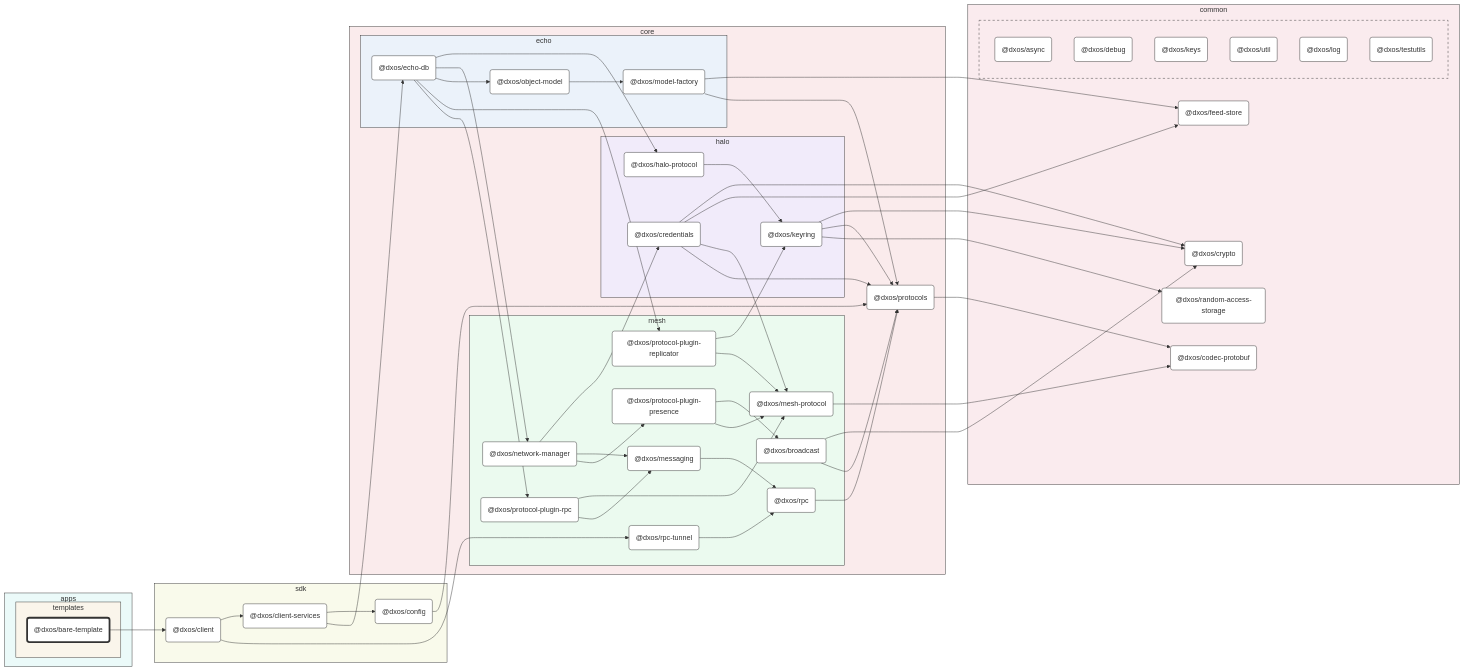
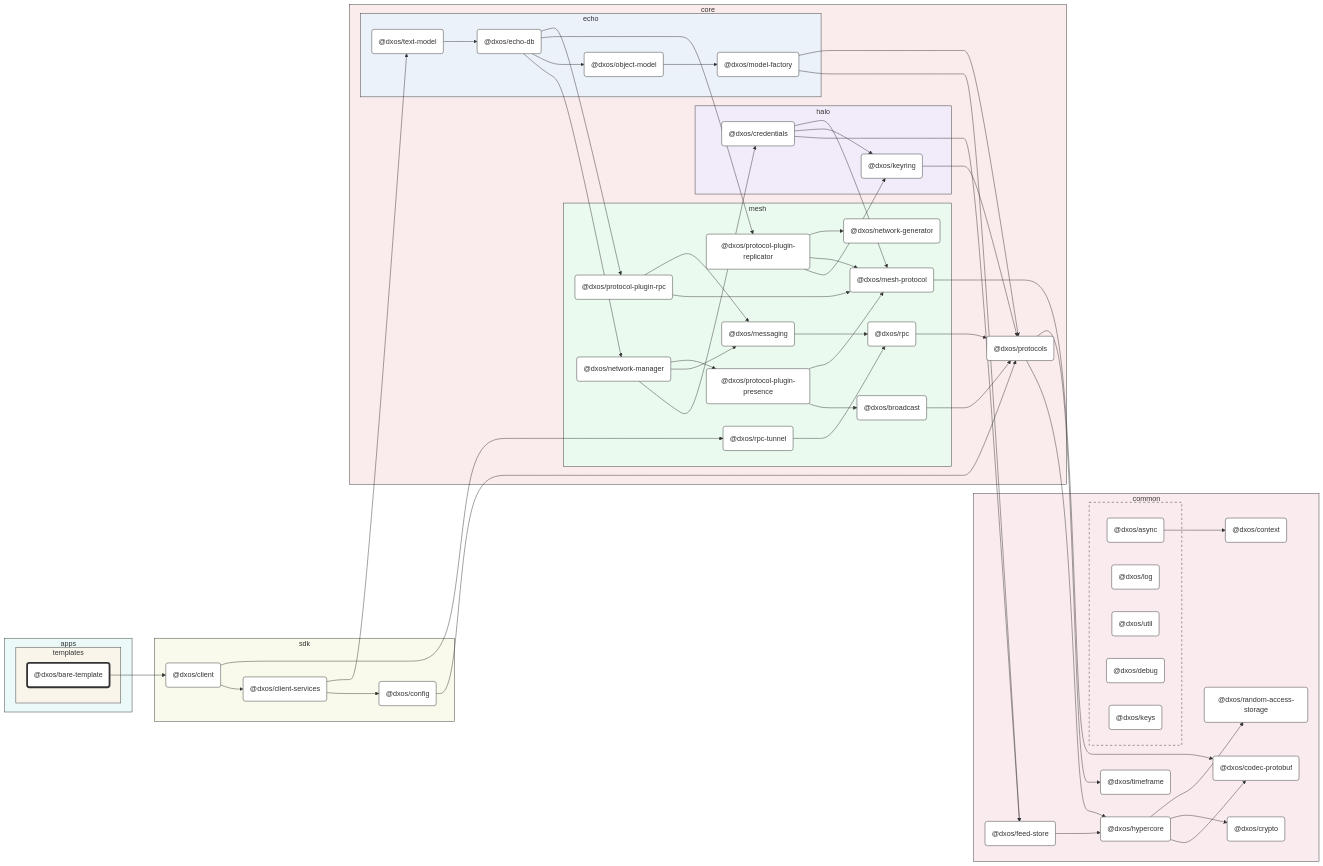
The diagram in packages/apps/templates/bare-template/docs/README.md (dxos/dxos), drawn with Mermaid before and after one commit. The commit also changed other lines of this file and 95 other files, not shown here.

Commit message:
Class diagrams.

````diff
--- a/packages/apps/templates/bare-template/docs/README.md
+++ b/packages/apps/templates/bare-template/docs/README.md
@@ -21,7 +21,7 @@
   subgraph templates [templates]
     style templates fill:#faf5eb,stroke:#333
     dxos/bare-template("@dxos/bare-template"):::root
-    click dxos/bare-template "dxos/dxos/tree/main/packages/apps/templates/bare/docs"
+    click dxos/bare-template "dxos/dxos/tree/main/packages/apps/templates/bare-template/docs"
   end
 end
 
@@ -37,29 +37,33 @@
 
 subgraph common [common]
   style common fill:#faebee,stroke:#333
+  dxos/context("@dxos/context"):::def
+  click dxos/context "dxos/dxos/tree/main/packages/common/context/docs"
   dxos/codec-protobuf("@dxos/codec-protobuf"):::def
   click dxos/codec-protobuf "dxos/dxos/tree/main/packages/common/codec-protobuf/docs"
+  dxos/hypercore("@dxos/hypercore"):::def
+  click dxos/hypercore "dxos/dxos/tree/main/packages/common/hypercore/docs"
   dxos/crypto("@dxos/crypto"):::def
   click dxos/crypto "dxos/dxos/tree/main/packages/common/crypto/docs"
+  dxos/random-access-storage("@dxos/random-access-storage"):::def
+  click dxos/random-access-storage "dxos/dxos/tree/main/packages/common/random-access-storage/docs"
+  dxos/timeframe("@dxos/timeframe"):::def
+  click dxos/timeframe "dxos/dxos/tree/main/packages/common/timeframe/docs"
   dxos/feed-store("@dxos/feed-store"):::def
   click dxos/feed-store "dxos/dxos/tree/main/packages/common/feed-store/docs"
-  dxos/random-access-storage("@dxos/random-access-storage"):::def
-  click dxos/random-access-storage "dxos/dxos/tree/main/packages/common/random-access-storage/docs"
 
   subgraph _ [ ]
     style _ fill:#faebee,stroke:#333,stroke-dasharray:5 5
     dxos/async("@dxos/async"):::def
     click dxos/async "dxos/dxos/tree/main/packages/common/async/docs"
+    dxos/log("@dxos/log"):::def
+    click dxos/log "dxos/dxos/tree/main/packages/common/log/docs"
+    dxos/util("@dxos/util"):::def
+    click dxos/util "dxos/dxos/tree/main/packages/common/util/docs"
     dxos/debug("@dxos/debug"):::def
     click dxos/debug "dxos/dxos/tree/main/packages/common/debug/docs"
     dxos/keys("@dxos/keys"):::def
     click dxos/keys "dxos/dxos/tree/main/packages/common/keys/docs"
-    dxos/util("@dxos/util"):::def
-    click dxos/util "dxos/dxos/tree/main/packages/common/util/docs"
-    dxos/log("@dxos/log"):::def
-    click dxos/log "dxos/dxos/tree/main/packages/common/log/docs"
-    dxos/testutils("@dxos/testutils"):::def
-    click dxos/testutils "dxos/dxos/tree/main/packages/common/testutils/docs"
   end
 end
 
@@ -72,8 +76,6 @@
     style halo fill:#f1ebfa,stroke:#333
     dxos/credentials("@dxos/credentials"):::def
     click dxos/credentials "dxos/dxos/tree/main/packages/core/halo/credentials/docs"
-    dxos/halo-protocol("@dxos/halo-protocol"):::def
-    click dxos/halo-protocol "dxos/dxos/tree/main/packages/core/halo/halo-protocol/docs"
     dxos/keyring("@dxos/keyring"):::def
     click dxos/keyring "dxos/dxos/tree/main/packages/core/halo/keyring/docs"
   end
@@ -94,6 +96,8 @@
     click dxos/broadcast "dxos/dxos/tree/main/packages/core/mesh/broadcast/docs"
     dxos/protocol-plugin-replicator("@dxos/protocol-plugin-replicator"):::def
     click dxos/protocol-plugin-replicator "dxos/dxos/tree/main/packages/core/mesh/protocol-plugin-replicator/docs"
+    dxos/network-generator("@dxos/network-generator"):::def
+    click dxos/network-generator "dxos/dxos/tree/main/packages/core/mesh/network-generator/docs"
     dxos/protocol-plugin-rpc("@dxos/protocol-plugin-rpc"):::def
     click dxos/protocol-plugin-rpc "dxos/dxos/tree/main/packages/core/mesh/protocol-plugin-rpc/docs"
     dxos/rpc-tunnel("@dxos/rpc-tunnel"):::def
@@ -108,27 +112,29 @@
     click dxos/model-factory "dxos/dxos/tree/main/packages/core/echo/model-factory/docs"
     dxos/object-model("@dxos/object-model"):::def
     click dxos/object-model "dxos/dxos/tree/main/packages/core/echo/object-model/docs"
+    dxos/text-model("@dxos/text-model"):::def
+    click dxos/text-model "dxos/dxos/tree/main/packages/core/echo/text-model/docs"
   end
 end
 
 %% Links
 linkStyle default stroke:#333,stroke-width:1px
 dxos/bare-template --> dxos/client
+dxos/async --> dxos/context
 dxos/client --> dxos/client-services
 dxos/client-services --> dxos/config
 dxos/config --> dxos/protocols
-dxos/protocols --> dxos/codec-protobuf
-dxos/credentials --> dxos/crypto
+dxos/protocols --> dxos/hypercore
+dxos/hypercore --> dxos/codec-protobuf
+dxos/hypercore --> dxos/crypto
+dxos/hypercore --> dxos/random-access-storage
+dxos/protocols --> dxos/timeframe
 dxos/credentials --> dxos/feed-store
+dxos/feed-store --> dxos/hypercore
+dxos/credentials --> dxos/keyring
+dxos/keyring --> dxos/protocols
 dxos/credentials --> dxos/mesh-protocol
 dxos/mesh-protocol --> dxos/codec-protobuf
-dxos/credentials --> dxos/protocols
-dxos/client-services --> dxos/echo-db
-dxos/echo-db --> dxos/halo-protocol
-dxos/halo-protocol --> dxos/keyring
-dxos/keyring --> dxos/crypto
-dxos/keyring --> dxos/protocols
-dxos/keyring --> dxos/random-access-storage
 dxos/messaging --> dxos/rpc
 dxos/rpc --> dxos/protocols
 dxos/model-factory --> dxos/feed-store
@@ -138,7 +144,6 @@
 dxos/network-manager --> dxos/messaging
 dxos/network-manager --> dxos/protocol-plugin-presence
 dxos/protocol-plugin-presence --> dxos/broadcast
-dxos/broadcast --> dxos/crypto
 dxos/broadcast --> dxos/protocols
 dxos/protocol-plugin-presence --> dxos/mesh-protocol
 dxos/echo-db --> dxos/object-model
@@ -146,9 +151,12 @@
 dxos/echo-db --> dxos/protocol-plugin-replicator
 dxos/protocol-plugin-replicator --> dxos/keyring
 dxos/protocol-plugin-replicator --> dxos/mesh-protocol
+dxos/protocol-plugin-replicator --> dxos/network-generator
 dxos/echo-db --> dxos/protocol-plugin-rpc
 dxos/protocol-plugin-rpc --> dxos/mesh-protocol
 dxos/protocol-plugin-rpc --> dxos/messaging
+dxos/client-services --> dxos/text-model
+dxos/text-model --> dxos/echo-db
 dxos/client --> dxos/rpc-tunnel
 dxos/rpc-tunnel --> dxos/rpc
 ```
````
